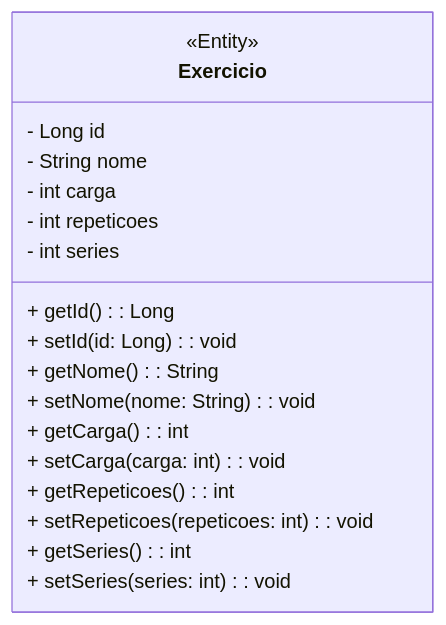
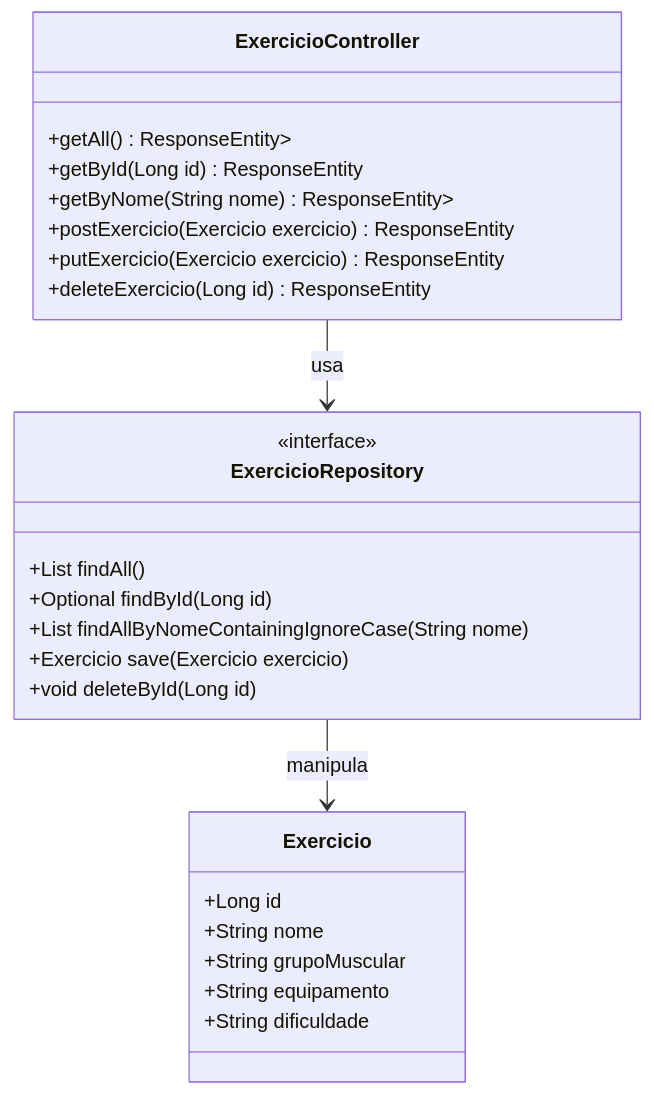
One commit to Grupo04TurmaJava82/fitness_spring changed the first of 2 diagrams in README.md. Above: the diagram before and after it, drawn with Mermaid.

Commit message:
Atualização do README

````diff
--- a/README.md
+++ b/README.md
@@ -54,22 +54,34 @@
 ```mermaid
 classDiagram
-    class Exercicio {
-        <<Entity>>
-        - Long id
-        - String nome
-        - int carga
-        - int repeticoes
-        - int series
-        + getId(): Long
-        + setId(id: Long): void
-        + getNome(): String
-        + setNome(nome: String): void
-        + getCarga(): int
-        + setCarga(carga: int): void
-        + getRepeticoes(): int
-        + setRepeticoes(repeticoes: int): void
-        + getSeries(): int
-        + setSeries(series: int): void
-    }
+
+class Exercicio {
+    +Long id
+    +String nome
+    +String grupoMuscular
+    +String equipamento
+    +String dificuldade
+}
+
+class ExercicioRepository {
+    <<interface>>
+    +List<Exercicio> findAll()
+    +Optional<Exercicio> findById(Long id)
+    +List<Exercicio> findAllByNomeContainingIgnoreCase(String nome)
+    +Exercicio save(Exercicio exercicio)
+    +void deleteById(Long id)
+}
+
+class ExercicioController {
+    +getAll() ResponseEntity<List<Exercicio>>
+    +getById(Long id) ResponseEntity<Exercicio>
+    +getByNome(String nome) ResponseEntity<List<Exercicio>>
+    +postExercicio(Exercicio exercicio) ResponseEntity<Exercicio>
+    +putExercicio(Exercicio exercicio) ResponseEntity<Exercicio>
+    +deleteExercicio(Long id) ResponseEntity<Void>
+}
+
+ExercicioRepository --> Exercicio : manipula
+ExercicioController --> ExercicioRepository : usa
+
 
 ```
````
